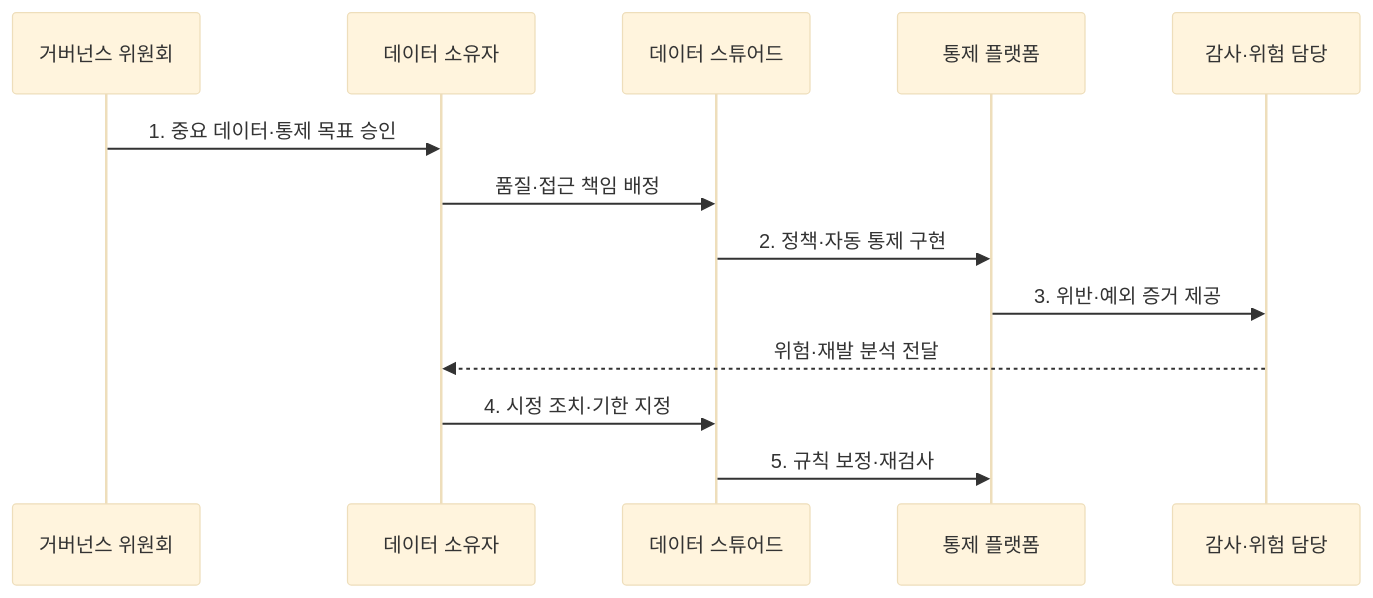
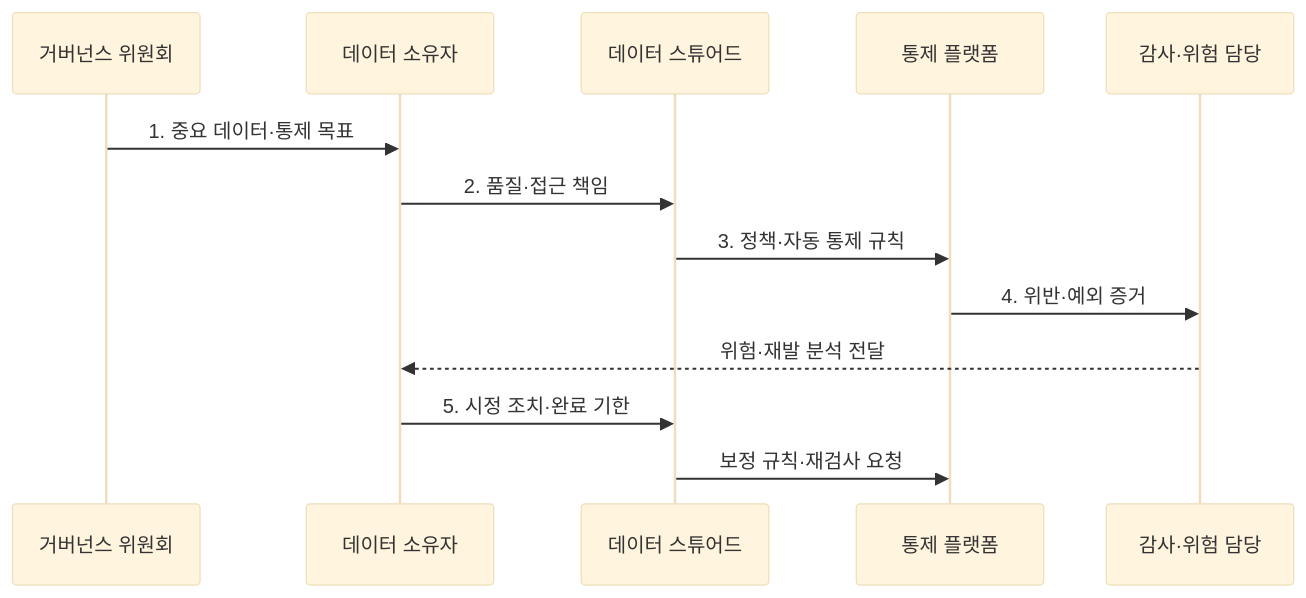
The second of 2 diagrams in src/content/docs/notes/03-software/135_data_governance.md (agnusdei1207/knowledge-base), drawn with Mermaid (base theme) before and after one commit. The commit also changed other lines of this file and 20 other files, not shown here.

````diff
--- a/src/content/docs/notes/03-software/135_data_governance.md
+++ b/src/content/docs/notes/03-software/135_data_governance.md
@@ -81,15 +90,15 @@
 ```mermaid
 sequenceDiagram
     participant G as 거버넌스 위원회
     participant O as 데이터 소유자
     participant S as 데이터 스튜어드
     participant P as 통제 플랫폼
     participant A as 감사·위험 담당
-    G->>O: 1. 중요 데이터·통제 목표 승인
-    O->>S: 품질·접근 책임 배정
-    S->>P: 2. 정책·자동 통제 구현
-    P->>A: 3. 위반·예외 증거 제공
+    G->>O: 1. 중요 데이터·통제 목표
+    O->>S: 2. 품질·접근 책임
+    S->>P: 3. 정책·자동 통제 규칙
+    P->>A: 4. 위반·예외 증거
     A-->>O: 위험·재발 분석 전달
-    O->>S: 4. 시정 조치·기한 지정
-    S->>P: 5. 규칙 보정·재검사
+    O->>S: 5. 시정 조치·완료 기한
+    S->>P: 보정 규칙·재검사 요청
 ```
````
